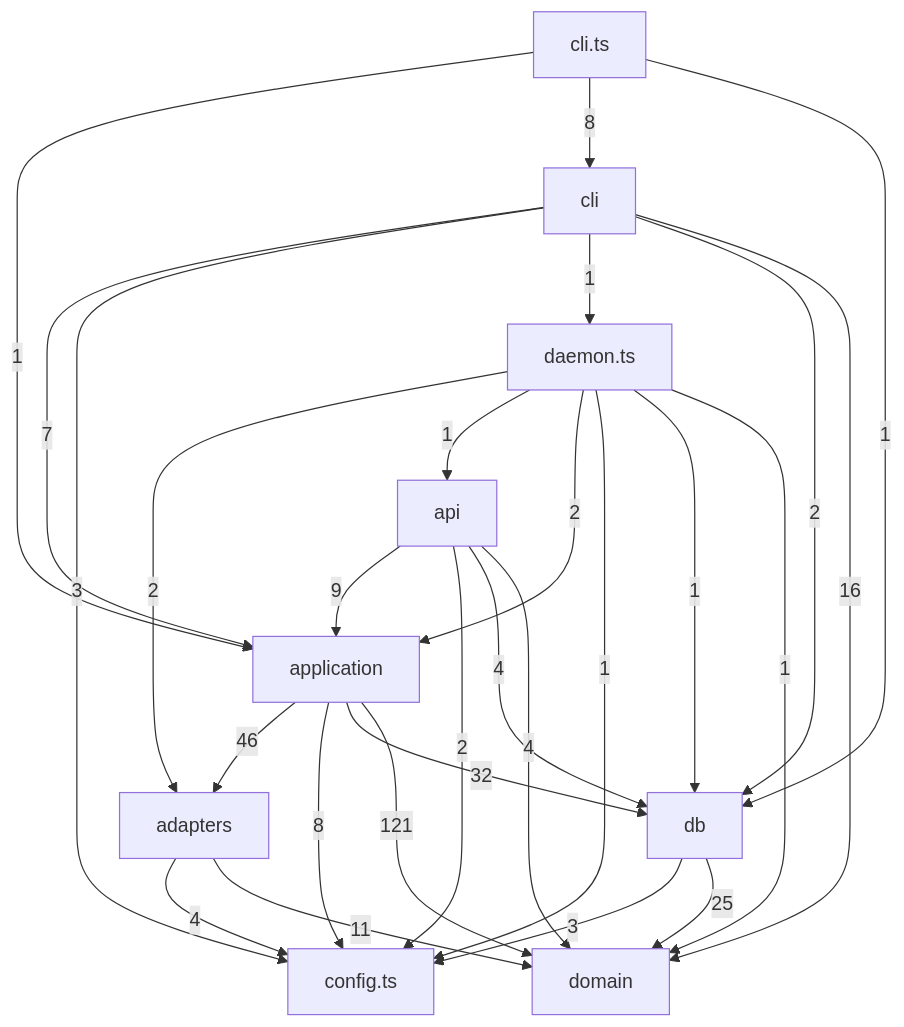
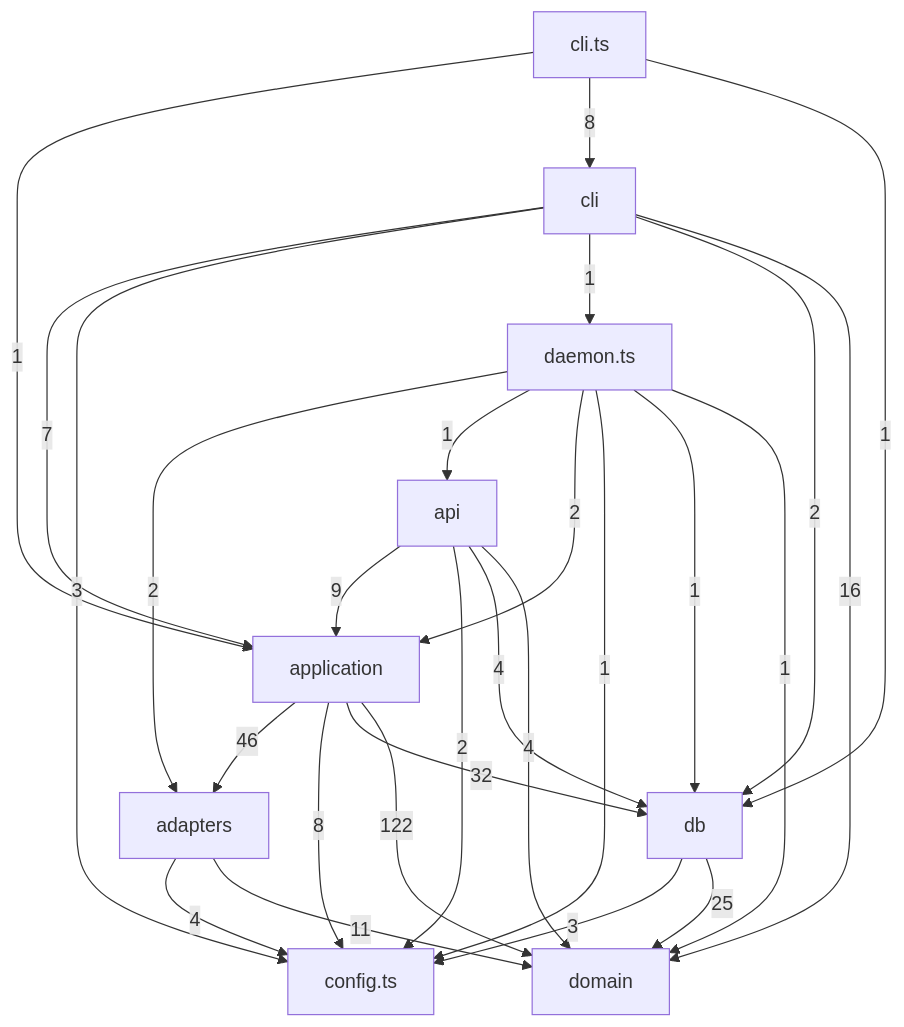
Before and after one commit to tomrobdev/agentdeck: the third of 5 diagrams in docs/architecture.md, drawn with Mermaid. The commit also changed 7 other files, not shown here.

````diff
--- a/docs/architecture.md
+++ b/docs/architecture.md
@@ -105,38 +105,38 @@
 ```mermaid
 flowchart TD
   adapters["adapters"]
   api["api"]
   application["application"]
   cli["cli"]
   cli_ts["cli.ts"]
   config_ts["config.ts"]
   daemon_ts["daemon.ts"]
   db["db"]
   domain["domain"]
   adapters -->|4| config_ts
   adapters -->|11| domain
   api -->|9| application
   api -->|2| config_ts
   api -->|4| db
   api -->|4| domain
   application -->|46| adapters
   application -->|8| config_ts
   application -->|32| db
-  application -->|121| domain
+  application -->|122| domain
   cli_ts -->|1| application
   cli_ts -->|8| cli
   cli_ts -->|1| db
   cli -->|7| application
   cli -->|3| config_ts
   cli -->|1| daemon_ts
   cli -->|2| db
   cli -->|16| domain
   daemon_ts -->|2| adapters
   daemon_ts -->|1| api
   daemon_ts -->|2| application
   daemon_ts -->|1| config_ts
   daemon_ts -->|1| db
   daemon_ts -->|1| domain
   db -->|3| config_ts
   db -->|25| domain
 ```
````
